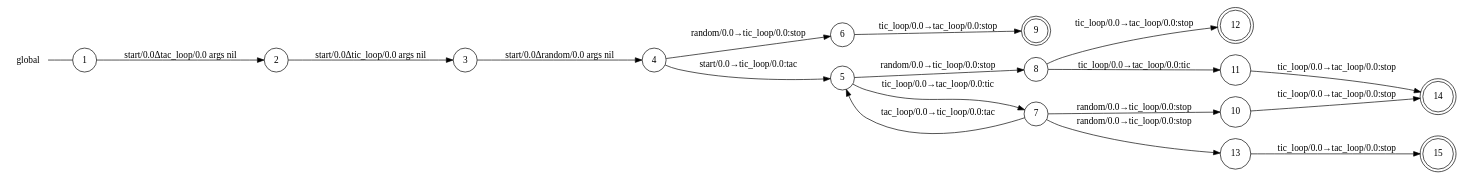
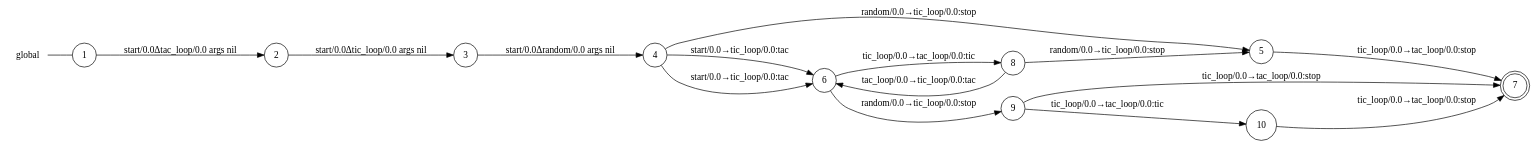
Before and after one commit to gabrielegenovese/chorer: the diagram in examples/ticktackstop/start_0_global_view.dot, drawn with Graphviz. The commit also changed 5 other files, not shown here.

```diff
--- a/examples/ticktackstop/start_0_global_view.dot
+++ b/examples/ticktackstop/start_0_global_view.dot
@@ -1,37 +1,30 @@
 digraph global {
 	rankdir="LR";
 	n_0 [label="global", shape="plaintext"];
-	n_1 [id="14", shape=doublecircle, label="14"];
-	n_2 [id="9", shape=doublecircle, label="9"];
-	n_3 [id="8", shape=circle, label="8"];
-	n_4 [id="1", shape=circle, label="1"];
-	n_0 -> n_4 [arrowhead=none];
-	n_5 [id="7", shape=circle, label="7"];
-	n_6 [id="4", shape=circle, label="4"];
-	n_7 [id="6", shape=circle, label="6"];
-	n_8 [id="3", shape=circle, label="3"];
-	n_9 [id="12", shape=doublecircle, label="12"];
-	n_10 [id="2", shape=circle, label="2"];
-	n_11 [id="11", shape=circle, label="11"];
-	n_12 [id="15", shape=doublecircle, label="15"];
-	n_13 [id="10", shape=circle, label="10"];
-	n_14 [id="13", shape=circle, label="13"];
-	n_15 [id="5", shape=circle, label="5"];
+	n_1 [id="14", shape=circle, label="4"];
+	n_2 [id="1", shape=circle, label="1"];
+	n_0 -> n_2 [arrowhead=none];
+	n_3 [id="4", shape=circle, label="8"];
+	n_4 [id="6", shape=doublecircle, label="7"];
+	n_5 [id="3", shape=circle, label="3"];
+	n_6 [id="12", shape=circle, label="5"];
+	n_7 [id="2", shape=circle, label="2"];
+	n_8 [id="11", shape=circle, label="10"];
+	n_9 [id="10", shape=circle, label="9"];
+	n_10 [id="5", shape=circle, label="6"];
 
-	n_5 -> n_14 [id="[$e|11]", label="random/0.0→tic_loop/0.0:stop"];
-	n_5 -> n_13 [id="[$e|8]", label="random/0.0→tic_loop/0.0:stop"];
-	n_7 -> n_2 [id="[$e|7]", label="tic_loop/0.0→tac_loop/0.0:stop"];
-	n_15 -> n_5 [id="[$e|5]", label="tic_loop/0.0→tac_loop/0.0:tic"];
-	n_15 -> n_3 [id="[$e|6]", label="random/0.0→tic_loop/0.0:stop"];
-	n_11 -> n_1 [id="[$e|14]", label="tic_loop/0.0→tac_loop/0.0:stop"];
-	n_3 -> n_9 [id="[$e|10]", label="tic_loop/0.0→tac_loop/0.0:stop"];
-	n_6 -> n_15 [id="[$e|3]", label="start/0.0→tic_loop/0.0:tac"];
-	n_4 -> n_10 [id="[$e|0]", label="start/0.0Δtac_loop/0.0 args nil"];
-	n_6 -> n_7 [id="[$e|4]", label="random/0.0→tic_loop/0.0:stop"];
-	n_3 -> n_11 [id="[$e|9]", label="tic_loop/0.0→tac_loop/0.0:tic"];
-	n_8 -> n_6 [id="[$e|2]", label="start/0.0Δrandom/0.0 args nil"];
-	n_14 -> n_12 [id="[$e|15]", label="tic_loop/0.0→tac_loop/0.0:stop"];
-	n_13 -> n_1 [id="[$e|13]", label="tic_loop/0.0→tac_loop/0.0:stop"];
-	n_10 -> n_8 [id="[$e|1]", label="start/0.0Δtic_loop/0.0 args nil"];
-	n_5 -> n_15 [id="[$e|12]", label="tac_loop/0.0→tic_loop/0.0:tac"];
+	n_1 -> n_10 [id="[$e|10]", label="start/0.0→tic_loop/0.0:tac"];
+	n_3 -> n_6 [id="[$e|2]", label="random/0.0→tic_loop/0.0:stop"];
+	n_10 -> n_9 [id="[$e|11]", label="random/0.0→tic_loop/0.0:stop"];
+	n_8 -> n_4 [id="[$e|0]", label="tic_loop/0.0→tac_loop/0.0:stop"];
+	n_7 -> n_5 [id="[$e|17]", label="start/0.0Δtic_loop/0.0 args nil"];
+	n_9 -> n_4 [id="[$e|1]", label="tic_loop/0.0→tac_loop/0.0:stop"];
+	n_10 -> n_3 [id="[$e|23]", label="tic_loop/0.0→tac_loop/0.0:tic"];
+	n_1 -> n_6 [id="[$e|7]", label="random/0.0→tic_loop/0.0:stop"];
+	n_5 -> n_1 [id="[$e|14]", label="start/0.0Δrandom/0.0 args nil"];
+	n_1 -> n_10 [id="[$e|20]", label="start/0.0→tic_loop/0.0:tac"];
+	n_9 -> n_8 [id="[$e|15]", label="tic_loop/0.0→tac_loop/0.0:tic"];
+	n_3 -> n_10 [id="[$e|12]", label="tac_loop/0.0→tic_loop/0.0:tac"];
+	n_6 -> n_4 [id="[$e|21]", label="tic_loop/0.0→tac_loop/0.0:stop"];
+	n_2 -> n_7 [id="[$e|13]", label="start/0.0Δtac_loop/0.0 args nil"];
 }
```
